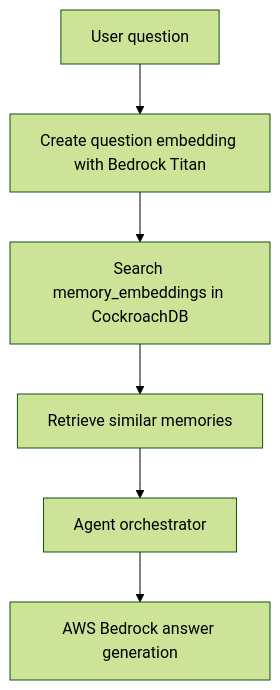
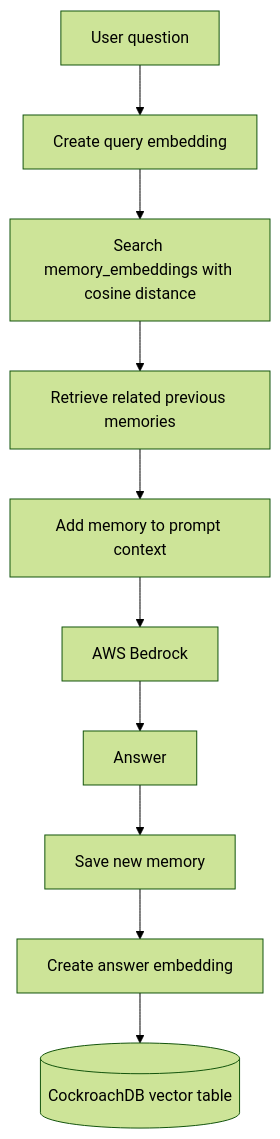
Before and after one commit to Nik-ui/nhs-healthcare-capacity-ai: the second of 3 diagrams in nhs-healthcare-capacity-ai/docs/ARCHITECTURE.md, drawn with Mermaid (forest theme). The commit also changed other lines of this file and 7 other files, not shown here.

````diff
--- a/nhs-healthcare-capacity-ai/docs/ARCHITECTURE.md
+++ b/nhs-healthcare-capacity-ai/docs/ARCHITECTURE.md
@@ -62,8 +102,12 @@
 ```mermaid
 flowchart TD
-    UserQuestion[User question] --> EmbedQuestion[Create question embedding with Bedrock Titan]
-    EmbedQuestion --> VectorSearch[Search memory_embeddings in CockroachDB]
-    VectorSearch --> SimilarMemories[Retrieve similar memories]
-    SimilarMemories --> Orchestrator[Agent orchestrator]
-    Orchestrator --> Bedrock[AWS Bedrock answer generation]
+    Question[User question] --> EmbedQuestion[Create query embedding]
+    EmbedQuestion --> Search[Search memory_embeddings with cosine distance]
+    Search --> PreviousMemory[Retrieve related previous memories]
+    PreviousMemory --> Prompt[Add memory to prompt context]
+    Prompt --> Bedrock[AWS Bedrock]
+    Bedrock --> Answer[Answer]
+    Answer --> Save[Save new memory]
+    Save --> NewEmbedding[Create answer embedding]
+    NewEmbedding --> Cockroach[(CockroachDB vector table)]
 ```
````
